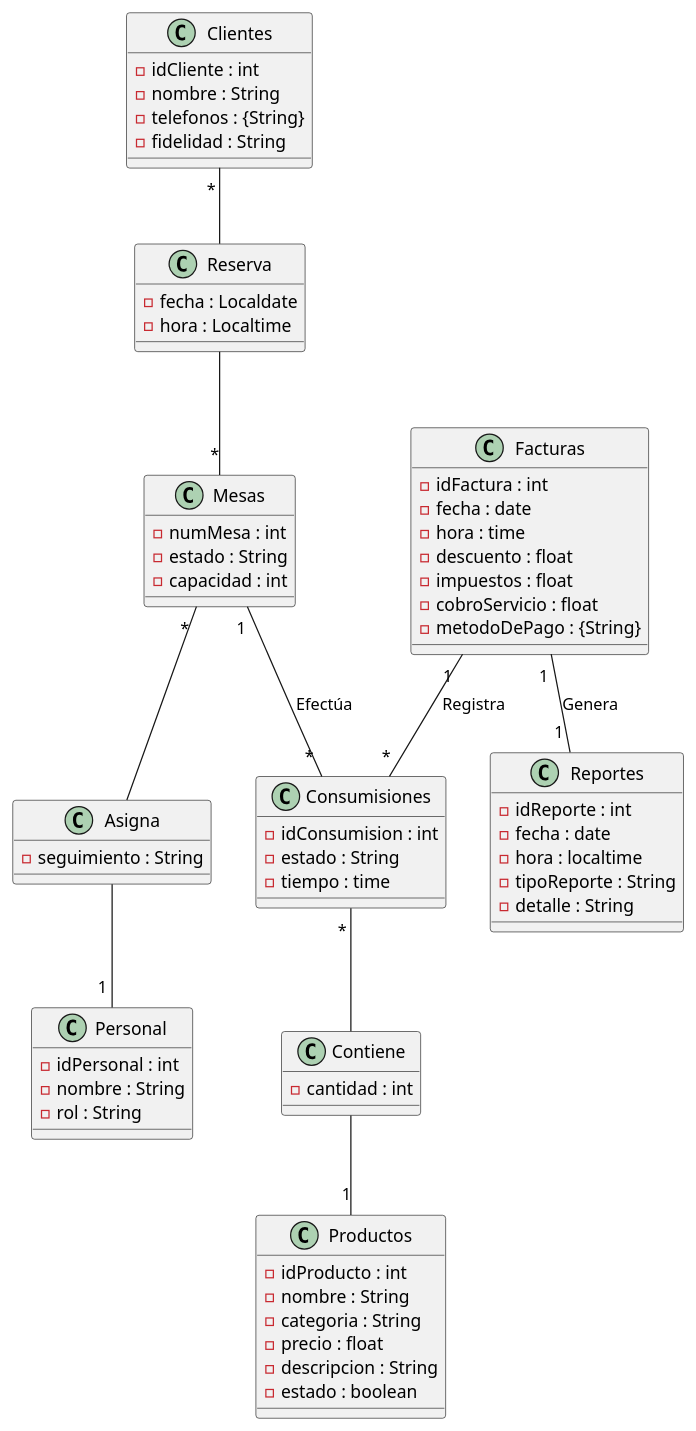
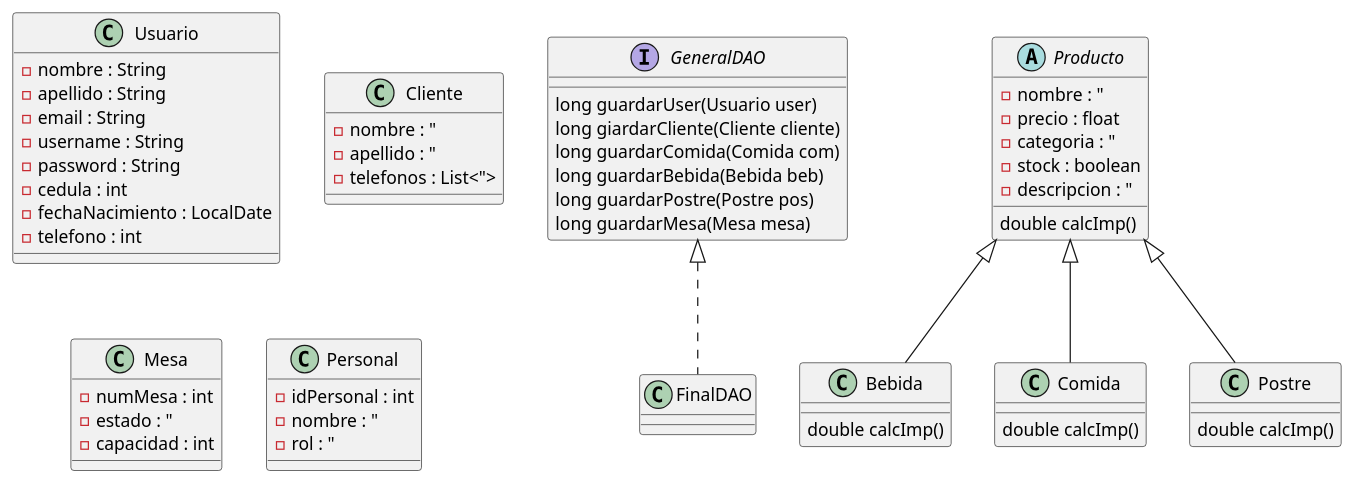
The diagram in src/Diagrama MER.puml (MrLuksR/Proyecto-Final-Restaurante), drawn with PlantUML before and after one commit. The commit also changed 20 other files, not shown here.

Commit message:
Cambios en las clases, interfaces y UML

```diff
--- a/src/Diagrama MER.puml
+++ b/src/Diagrama MER.puml
@@ -1,78 +1,63 @@
 @startuml
 
-class Clientes {
-  - idCliente : int
-  - nombre : String
-  - telefonos : {String}
-  - fidelidad : String
+class Usuario{
+    - nombre : String
+    - apellido : String
+    - email : String
+    - username : String
+    - password : String
+    - cedula : int
+    - fechaNacimiento : LocalDate
+    - telefono : int
 }
 
-class Mesas {
-  - numMesa : int
-  - estado : String
-  - capacidad : int
+interface GeneralDAO{
+    long guardarUser(Usuario user)
+    long giardarCliente(Cliente cliente)
+    long guardarComida(Comida com)
+    long guardarBebida(Bebida beb)
+    long guardarPostre(Postre pos)
+    long guardarMesa(Mesa mesa)
+}
+
+class FinalDAO implements GeneralDAO{}
+
+class Cliente {
+    - nombre : "
+    - apellido : "
+    - telefonos : List<">
+}
+
+class Mesa {
+    - numMesa : int
+    - estado : "
+    - capacidad : int
 }
 
 class Personal {
-  - idPersonal : int
-  - nombre : String
-  - rol : String
+    - idPersonal : int
+    - nombre : "
+    - rol : "
 }
 
-class Reserva {
-  - fecha : Localdate
-  - hora : Localtime
+abstract class Producto {
+    - nombre : "
+    - precio : float
+    - categoria : "
+    - stock : boolean
+    - descripcion : "
+    double calcImp()
 }
 
-class Asigna {
-  - seguimiento : String
+class Bebida extends Producto{
+    double calcImp()
 }
 
-class Consumisiones {
-  - idConsumision : int
-  - estado : String
-  - tiempo : time
+class Comida extends Producto{
+    double calcImp()
 }
 
-class Contiene {
-  - cantidad : int
+class Postre extends Producto{
+    double calcImp()
 }
-
-class Productos {
-  - idProducto : int
-  - nombre : String
-  - categoria : String
-  - precio : float
-  - descripcion : String
-  - estado : boolean
-}
-
-class Facturas {
-  - idFactura : int
-  - fecha : date
-  - hora : time
-  - descuento : float
-  - impuestos : float
-  - cobroServicio : float
-  - metodoDePago : {String}
-}
-
-class Reportes {
-  - idReporte : int
-  - fecha : date
-  - hora : localtime
-  - tipoReporte : String
-  - detalle : String
-}
-
-Clientes " * " -- " " Reserva
-Reserva " " -- "*" Mesas
-Mesas " * " -- " " Asigna
-Asigna " " -- " 1 " Personal
-Mesas " 1 " -- " * " Consumisiones : Efectúa
-Consumisiones " * " -- " " Contiene
-Contiene " " -- "1" Productos
-Facturas " 1 " -- " * " Consumisiones : Registra
-Facturas " 1 " -- " 1 " Reportes : Genera
-
 @enduml
```
